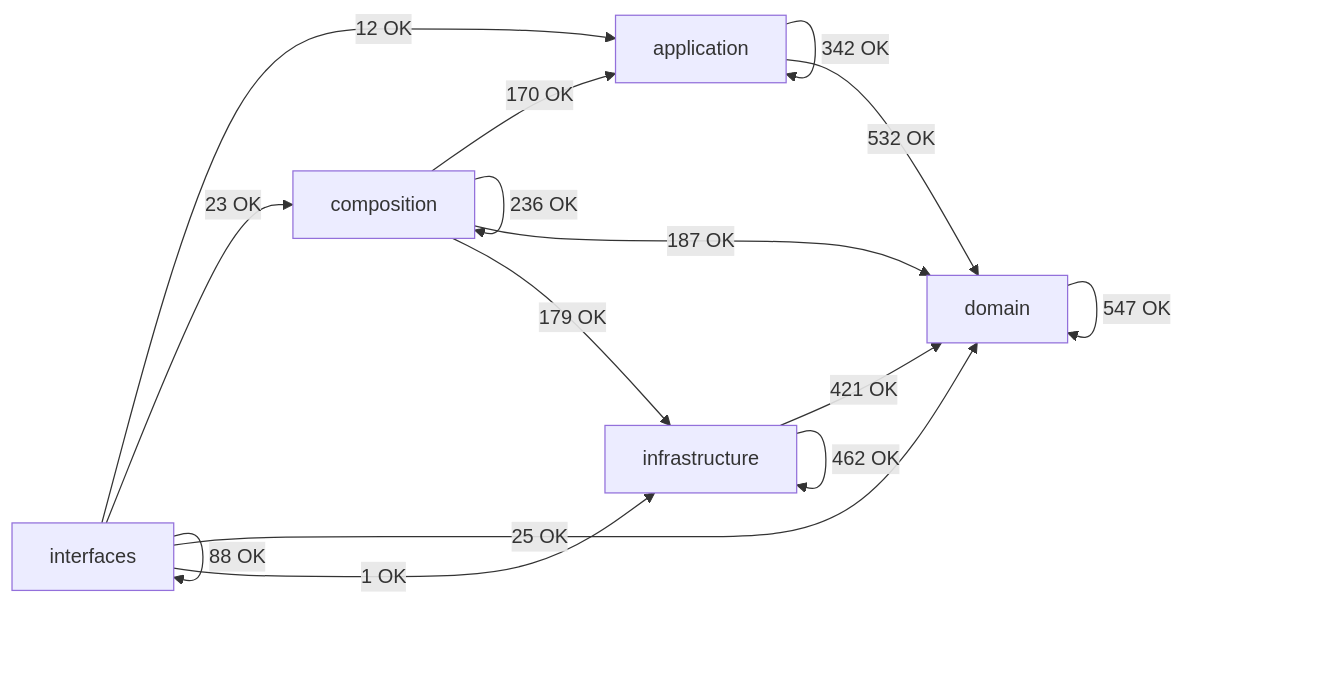
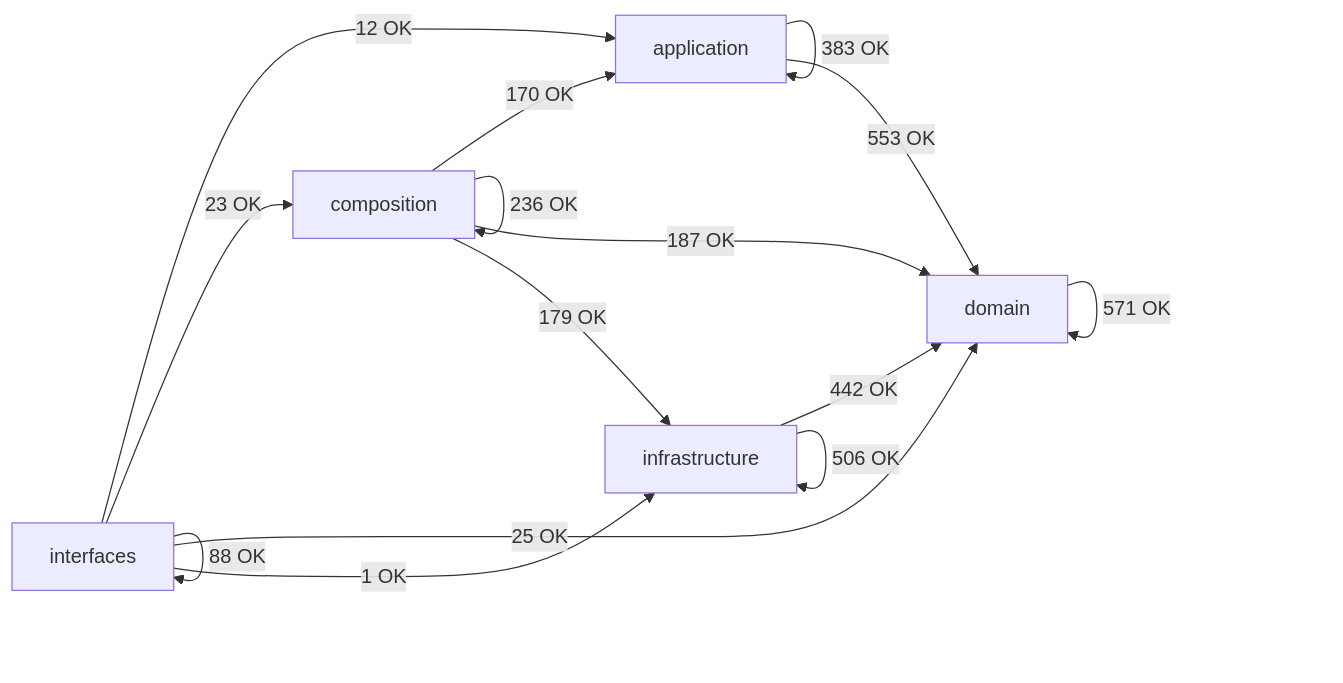
Before and after one commit to SatoryKono/BioactivityDataAcquisition: the diagram in docs/02-architecture/generated/module-dependency-map.md, drawn with Mermaid. The commit also changed other lines of this file and 107 other files, not shown here.

First line of the commit message:
refactor(metrics): reduce size and complexity of architecture metric exemptions configuration

````diff
--- a/docs/02-architecture/generated/module-dependency-map.md
+++ b/docs/02-architecture/generated/module-dependency-map.md
@@ -15,22 +15,22 @@
 ```mermaid
 flowchart LR
     domain[domain]
     application[application]
     infrastructure[infrastructure]
     composition[composition]
     interfaces[interfaces]
-    application -->|342 OK| application
-    application -->|532 OK| domain
+    application -->|383 OK| application
+    application -->|553 OK| domain
     composition -->|170 OK| application
     composition -->|236 OK| composition
     composition -->|187 OK| domain
     composition -->|179 OK| infrastructure
-    domain -->|547 OK| domain
-    infrastructure -->|421 OK| domain
-    infrastructure -->|462 OK| infrastructure
+    domain -->|571 OK| domain
+    infrastructure -->|442 OK| domain
+    infrastructure -->|506 OK| infrastructure
     interfaces -->|12 OK| application
     interfaces -->|23 OK| composition
     interfaces -->|25 OK| domain
     interfaces -->|1 OK| infrastructure
     interfaces -->|88 OK| interfaces
 ```
````
